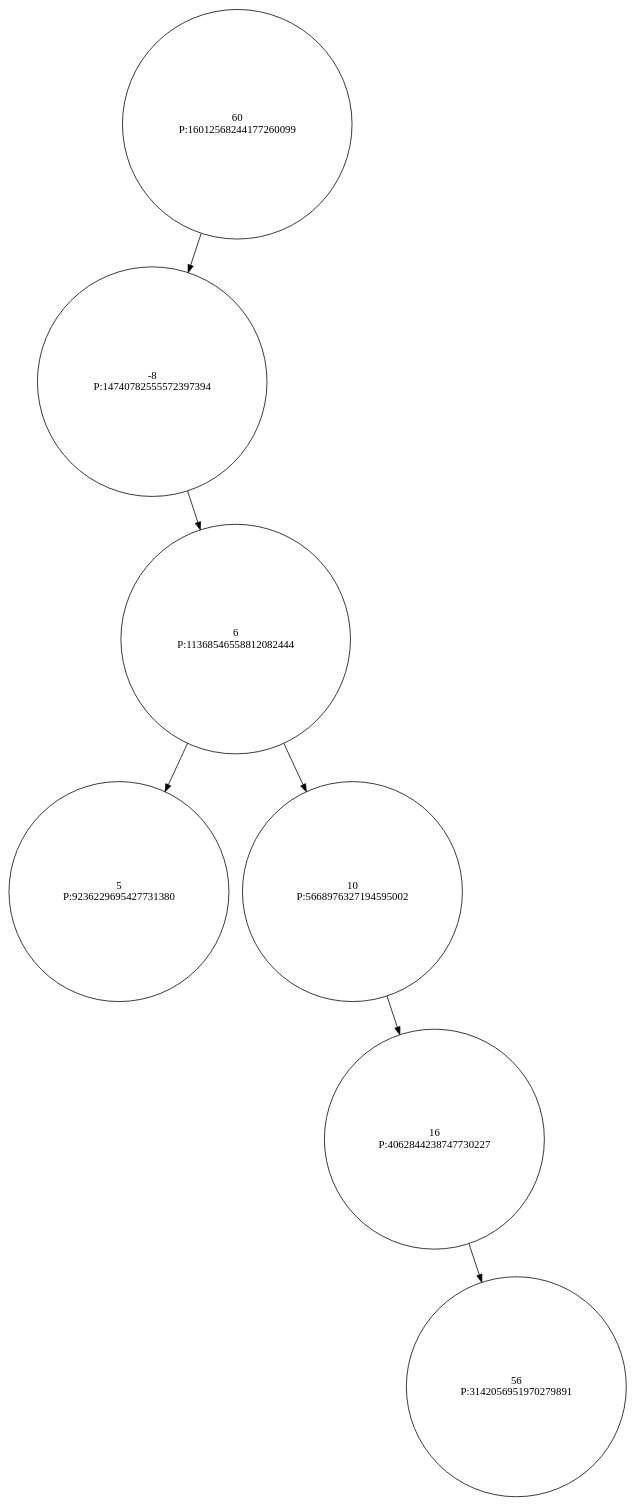
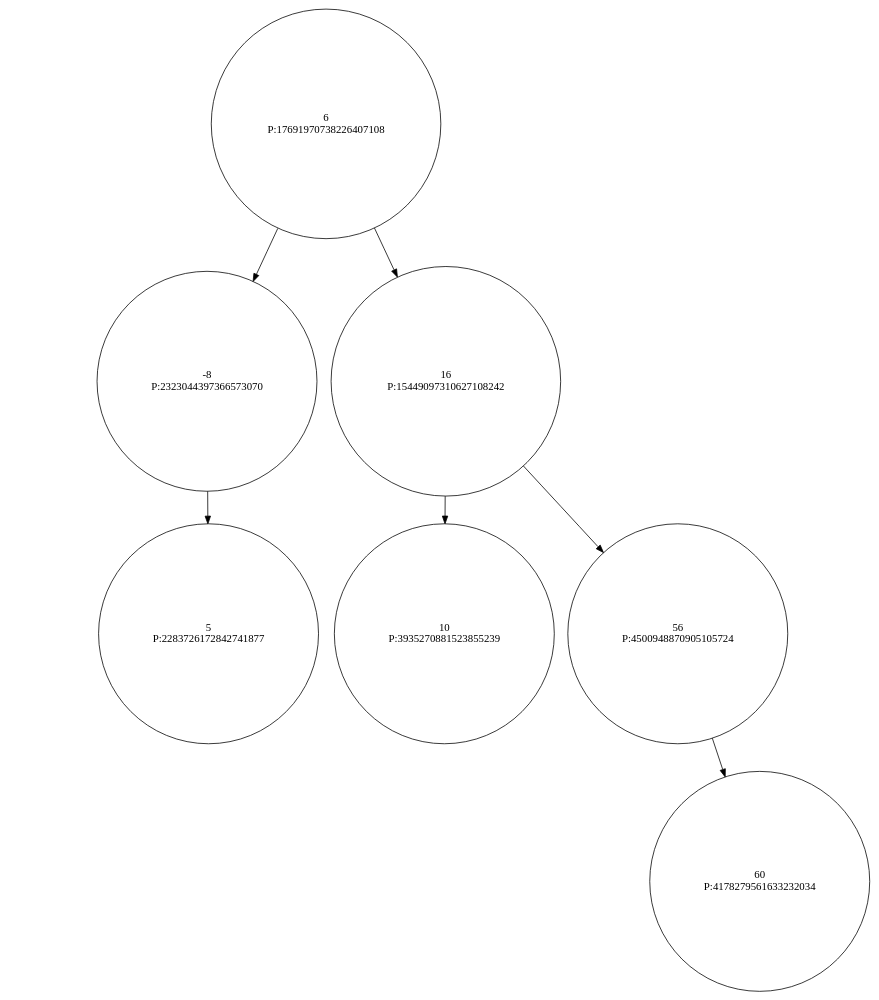
One commit to Ritaa-Marie/Trabalho-Arvores-AEDES2 changed the diagram in data/output/dot/treap3.dot. Above: the diagram before and after it, drawn with Graphviz. The commit also changed 15 other files, not shown here.

```diff
--- a/data/output/dot/treap3.dot
+++ b/data/output/dot/treap3.dot
@@ -1,24 +1,20 @@
 digraph Treap {
    node [shape=circle];
-  60 [label="60\nP:16012568244177260099"];
-  "60" -> "-8";
-  -8 [label="-8\nP:14740782555572397394"];
+  6 [label="6\nP:17691970738226407108"];
+  "6" -> "-8";
+  -8 [label="-8\nP:2323044397366573070"];
   "null_l_-8" [style=invis];
   "-8" -> "null_l_-8" [style=invis];
-  "-8" -> "6";
-  6 [label="6\nP:11368546558812082444"];
-  "6" -> "5";
-  5 [label="5\nP:9236229695427731380"];
-  "6" -> "10";
-  10 [label="10\nP:5668976327194595002"];
-  "null_l_10" [style=invis];
-  "10" -> "null_l_10" [style=invis];
-  "10" -> "16";
-  16 [label="16\nP:4062844238747730227"];
-  "null_l_16" [style=invis];
-  "16" -> "null_l_16" [style=invis];
+  "-8" -> "5";
+  5 [label="5\nP:2283726172842741877"];
+  "6" -> "16";
+  16 [label="16\nP:15449097310627108242"];
+  "16" -> "10";
+  10 [label="10\nP:3935270881523855239"];
   "16" -> "56";
-  56 [label="56\nP:3142056951970279891"];
-  "null_r_60" [style=invis];
-  "60" -> "null_r_60" [style=invis];
+  56 [label="56\nP:4500948870905105724"];
+  "null_l_56" [style=invis];
+  "56" -> "null_l_56" [style=invis];
+  "56" -> "60";
+  60 [label="60\nP:4178279561633232034"];
 }
```
